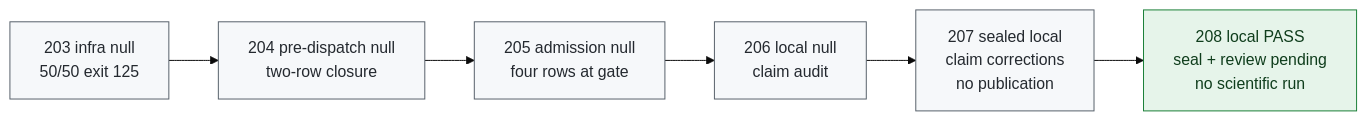
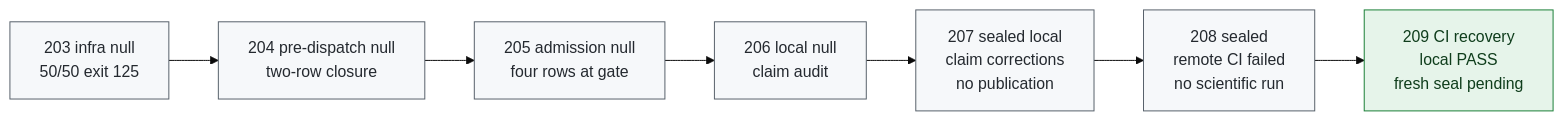
The third of 5 diagrams in README.md (manfromnowhere143/telos), drawn with Mermaid (base theme) before and after one commit. The commit also changed other lines of this file and 17 other files, not shown here.

````diff
--- a/README.md
+++ b/README.md
@@ -197,8 +200,8 @@
 ```mermaid
 flowchart LR
- I203["203 infra null<br/>50/50 exit 125"]-->I204["204 pre-dispatch null<br/>two-row closure"]-->I205["205 admission null<br/>four rows at gate"]-->I206["206 local null<br/>claim audit"]-->I207["207 sealed local<br/>claim corrections<br/>no publication"]-->I208["208 local PASS<br/>seal + review pending<br/>no scientific run"]
+ I203["203 infra null<br/>50/50 exit 125"]-->I204["204 pre-dispatch null<br/>two-row closure"]-->I205["205 admission null<br/>four rows at gate"]-->I206["206 local null<br/>claim audit"]-->I207["207 sealed local<br/>claim corrections<br/>no publication"]-->I208["208 sealed<br/>remote CI failed<br/>no scientific run"]-->I209["209 CI recovery<br/>local PASS<br/>fresh seal pending"]
  classDef null fill:#f6f8fa,stroke:#57606a,color:#24292f;
  classDef active fill:#e6f4ea,stroke:#1a7f37,color:#0f3d1c;
- class I203,I204,I205,I206,I207 null;
- class I208 active;
+ class I203,I204,I205,I206,I207,I208 null;
+ class I209 active;
 ```
````
